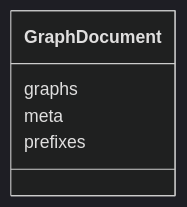
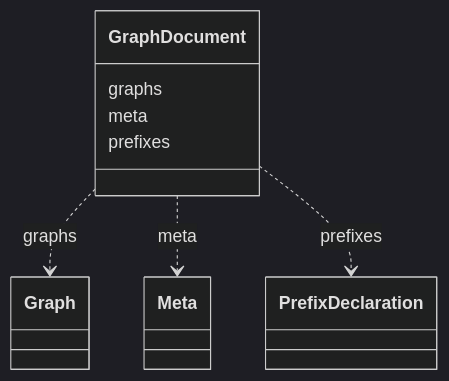
The diagram in obograph/GraphDocument.md (INCATools/ontology-access-kit), drawn with Mermaid (dark theme) before and after one commit. The commit also changed 1783 other files, not shown here.

````diff
--- a/obograph/GraphDocument.md
+++ b/obograph/GraphDocument.md
@@ -11,8 +11,17 @@
 ```{mermaid}
  classDiagram
     class GraphDocument
       GraphDocument : graphs
+        
+          GraphDocument ..> Graph : graphs
+        
       GraphDocument : meta
+        
+          GraphDocument ..> Meta : meta
+        
       GraphDocument : prefixes
+        
+          GraphDocument ..> PrefixDeclaration : prefixes
+        
       
 ```
````
